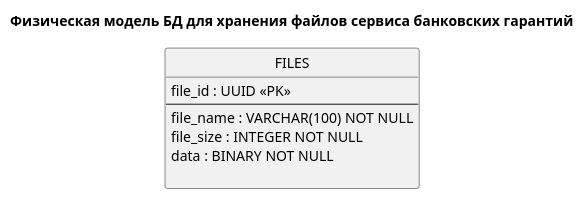
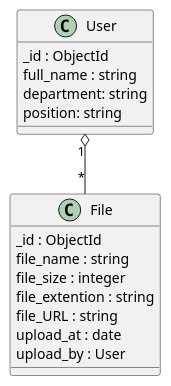
One commit to ElenaRomanenkoElena/SYSTEM_ANALITICS changed the diagram in Mongodb.puml. Above: the diagram before and after it, drawn with PlantUML.

```diff
--- a/Mongodb.puml
+++ b/Mongodb.puml
@@ -1,20 +1,29 @@
 @startuml
-title Физическая модель БД для хранения файлов сервиса банковских гарантий
+
 
 
 skinparam linetype ortho
-hide circle
 
-entity FILES {
-    file_id : UUID <<PK>>
-    --
-    file_name : VARCHAR(100) NOT NULL
-    file_size : INTEGER NOT NULL
-    data : BINARY NOT NULL
+
+class User {
+    _id : ObjectId
+    full_name : string
+    department: string
+    position: string
     
 }
 
+class File {
+    _id : ObjectId
+    file_name : string
+    file_size : integer
+    file_extention : string
+    file_URL : string
+    upload_at : date
+    upload_by : User
+}
 
 
+User "1" o-- "*"  File 
 
 @enduml
```
